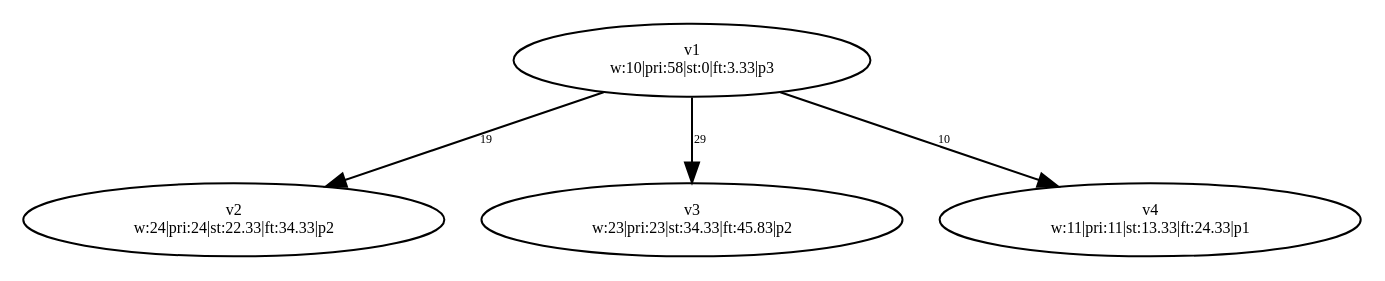
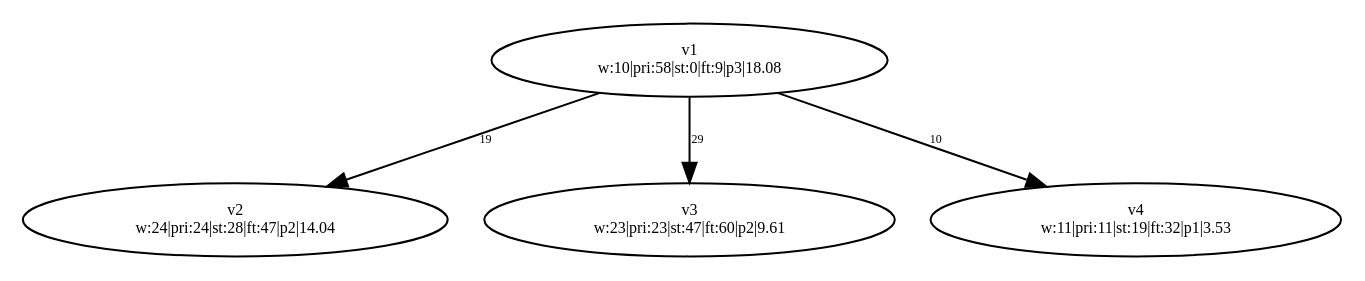
The diagram in PythonApplication1/PythonApplication1/test-output/slika_2_Simplified.gv (dexters1/Task-Scheduling-Based-on-Genetic-Algorithms), drawn with Graphviz before and after one commit. The commit also changed 36 other files, not shown here.

```diff
--- a/PythonApplication1/PythonApplication1/test-output/slika_2_Simplified.gv
+++ b/PythonApplication1/PythonApplication1/test-output/slika_2_Simplified.gv
@@ -1,13 +1,13 @@
 digraph {
 	v1 [label="v1
-w:10|pri:58|st:0|ft:3.33|p3" fontsize=8.0]
+w:10|pri:58|st:0|ft:9|p3|18.08" fontsize=8.0]
 	v2 [label="v2
-w:24|pri:24|st:22.33|ft:34.33|p2" fontsize=8.0]
+w:24|pri:24|st:28|ft:47|p2|14.04" fontsize=8.0]
 	v3 [label="v3
-w:23|pri:23|st:34.33|ft:45.83|p2" fontsize=8.0]
+w:23|pri:23|st:47|ft:60|p2|9.61" fontsize=8.0]
 	v4 [label="v4
-w:11|pri:11|st:13.33|ft:24.33|p1" fontsize=8.0]
+w:11|pri:11|st:19|ft:32|p1|3.53" fontsize=8.0]
 	v1 -> v2 [label=19 constraint=true fontsize=6.0]
 	v1 -> v3 [label=29 constraint=true fontsize=6.0]
 	v1 -> v4 [label=10 constraint=true fontsize=6.0]
 }
```
